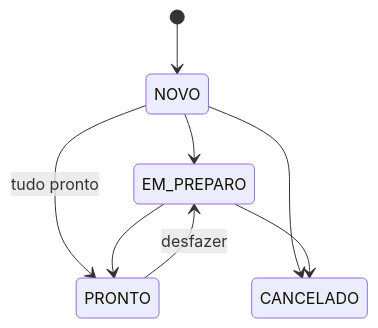
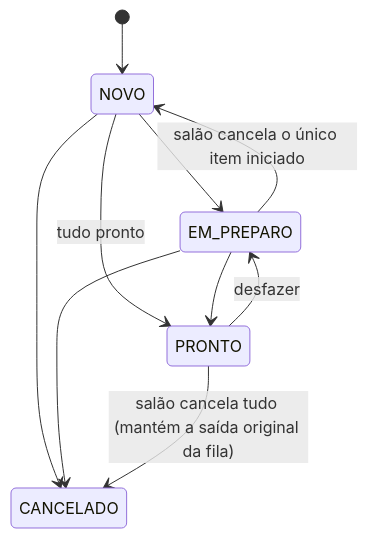
The fourth of 6 diagrams in maps/flows/estados.md (marlonerick/erp-mesa-restaurante), drawn with Mermaid before and after one commit. The commit also changed 26 other files, not shown here.

````diff
--- a/maps/flows/estados.md
+++ b/maps/flows/estados.md
@@ -63,10 +63,12 @@
 ```mermaid
 stateDiagram-v2
   [*] --> NOVO
   NOVO --> EM_PREPARO
   NOVO --> PRONTO: tudo pronto
   EM_PREPARO --> PRONTO
   PRONTO --> EM_PREPARO: desfazer
+  EM_PREPARO --> NOVO: salão cancela o único item iniciado
   NOVO --> CANCELADO
   EM_PREPARO --> CANCELADO
+  PRONTO --> CANCELADO: salão cancela tudo (mantém a saída original da fila)
 ```
````
